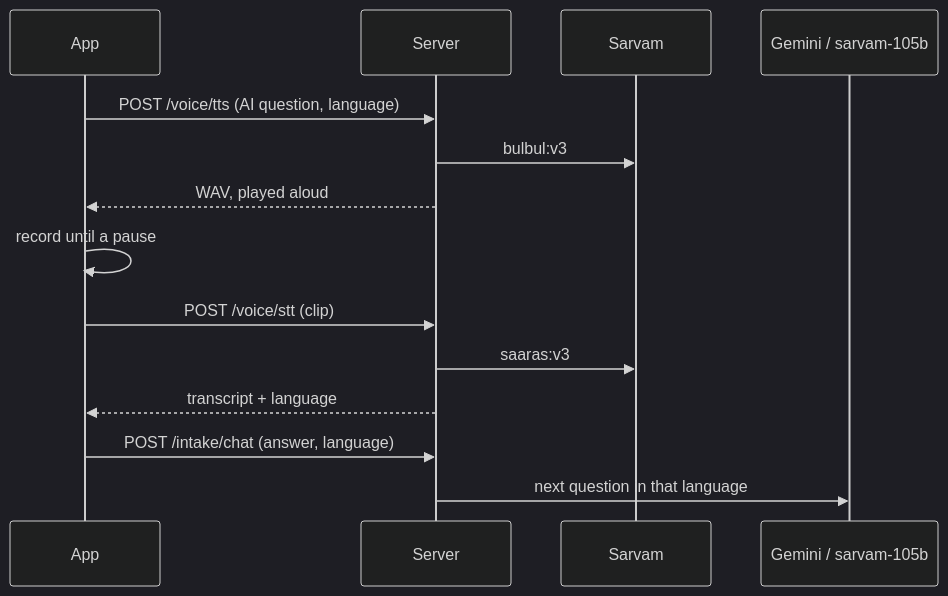
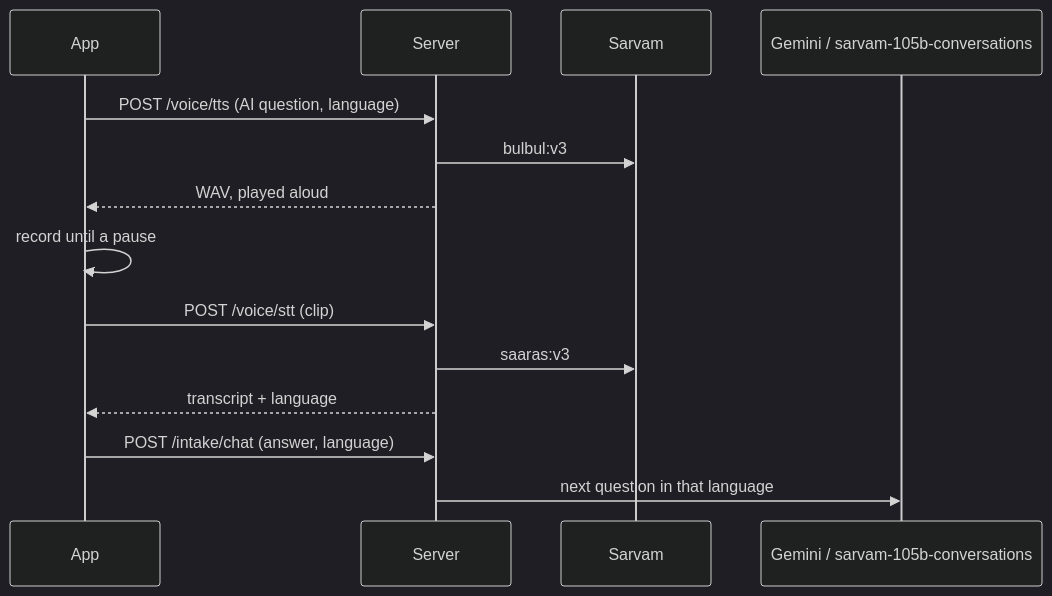
One commit to swaindhruti/visus-eye-screening-app changed the fourth of 4 diagrams in docs/ARCHITECTURE.md. Above: the diagram before and after it, drawn with Mermaid (dark theme). The commit also changed other lines of this file and 11 other files, not shown here.

Commit message:
fix(server): use Sarvam's sarvam-105b-conversations for chat (under 1 s; plain sarvam-105b reasons for 7-16 s, past the AI budget)

````diff
--- a/docs/ARCHITECTURE.md
+++ b/docs/ARCHITECTURE.md
@@ -165,16 +165,16 @@
 ```mermaid
 sequenceDiagram
   participant App
   participant Server
   participant Sarvam
-  participant AI as Gemini / sarvam-105b
+  participant AI as Gemini / sarvam-105b-conversations
   App->>Server: POST /voice/tts (AI question, language)
   Server->>Sarvam: bulbul:v3
   Server-->>App: WAV, played aloud
   App->>App: record until a pause
   App->>Server: POST /voice/stt (clip)
   Server->>Sarvam: saaras:v3
   Server-->>App: transcript + language
   App->>Server: POST /intake/chat (answer, language)
   Server->>AI: next question in that language
 ```
````
